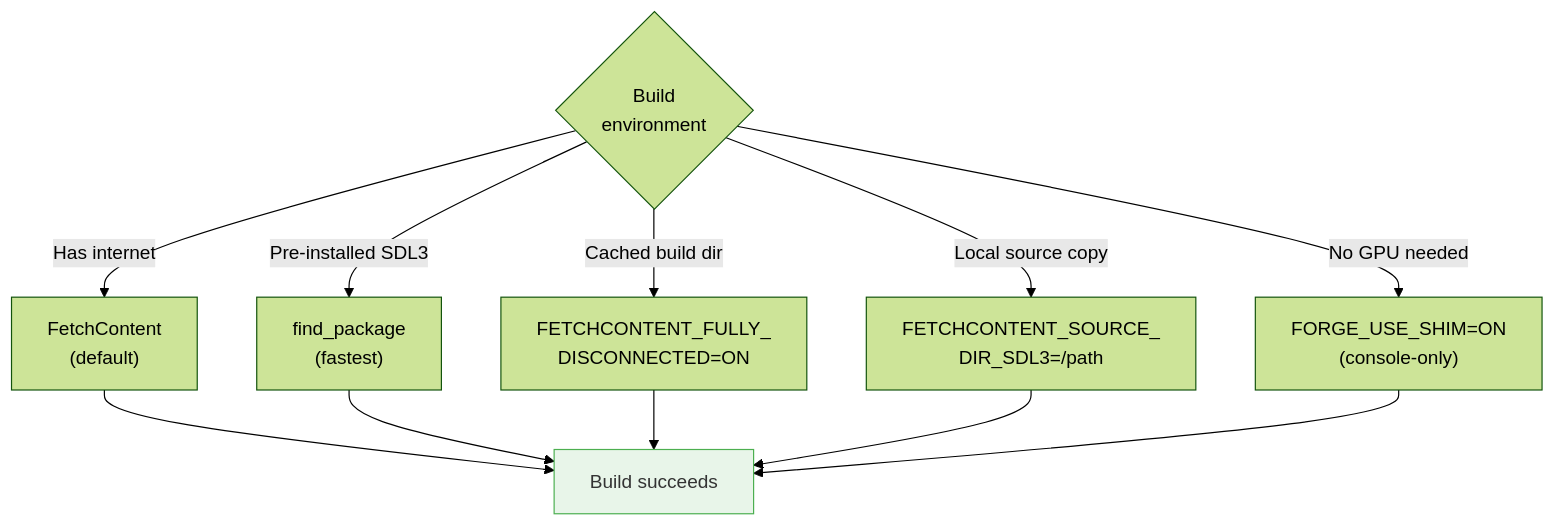
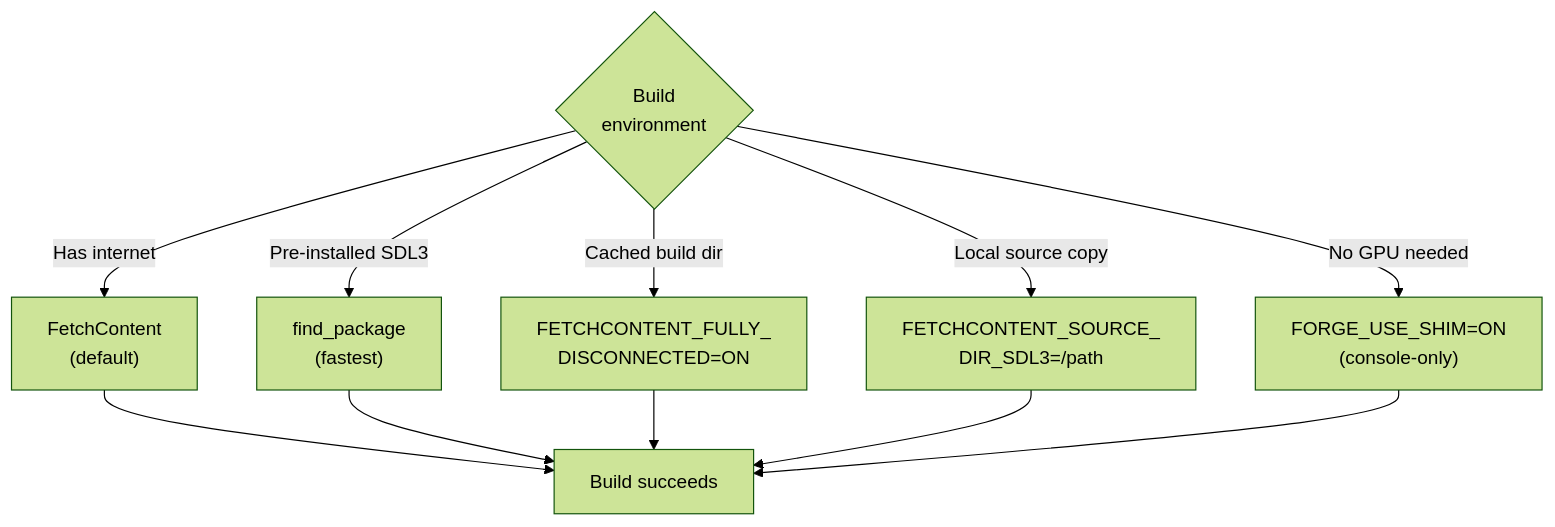
One commit to RosyGameStudio/forge-gpu changed the fifth of 5 diagrams in lessons/engine/03-fetchcontent-dependencies/README.md. Above: the diagram before and after it, drawn with Mermaid (forest theme). The commit also changed other lines of this file, not shown here.

First line of the commit message:
Remove custom mermaid styles for dark mode compatibility

````diff
--- a/lessons/engine/03-fetchcontent-dependencies/README.md
+++ b/lessons/engine/03-fetchcontent-dependencies/README.md
@@ -561,17 +544,15 @@
 ```mermaid
 flowchart TD
     Env{"Build\nenvironment"}
     Env -->|"Has internet"| FC["FetchContent\n(default)"]
     Env -->|"Pre-installed SDL3"| FP["find_package\n(fastest)"]
     Env -->|"Cached build dir"| Disc["FETCHCONTENT_FULLY_\nDISCONNECTED=ON"]
     Env -->|"Local source copy"| Src["FETCHCONTENT_SOURCE_\nDIR_SDL3=/path"]
     Env -->|"No GPU needed"| Shim["FORGE_USE_SHIM=ON\n(console-only)"]
 
     FC --> Build["Build succeeds"]
     FP --> Build
     Disc --> Build
     Src --> Build
     Shim --> Build
-
-    style Build fill:#e8f5e9,stroke:#4CAF50,color:#333
 ```
````
